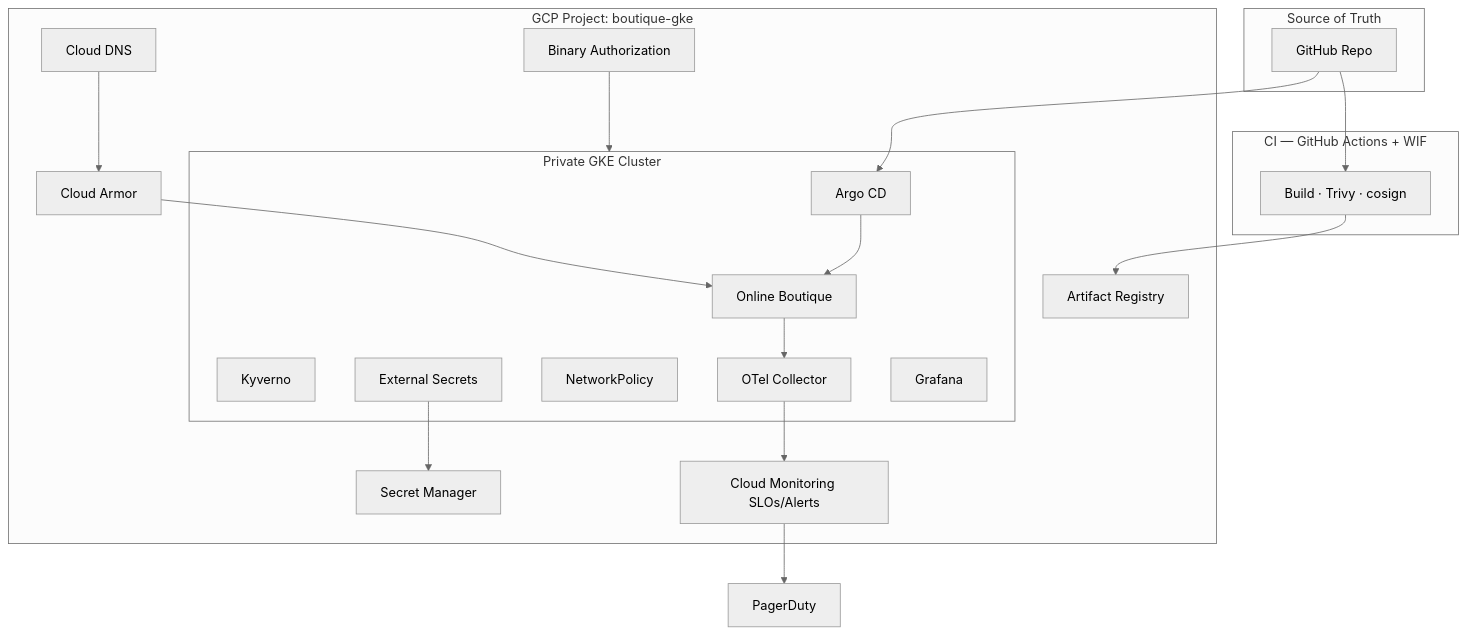
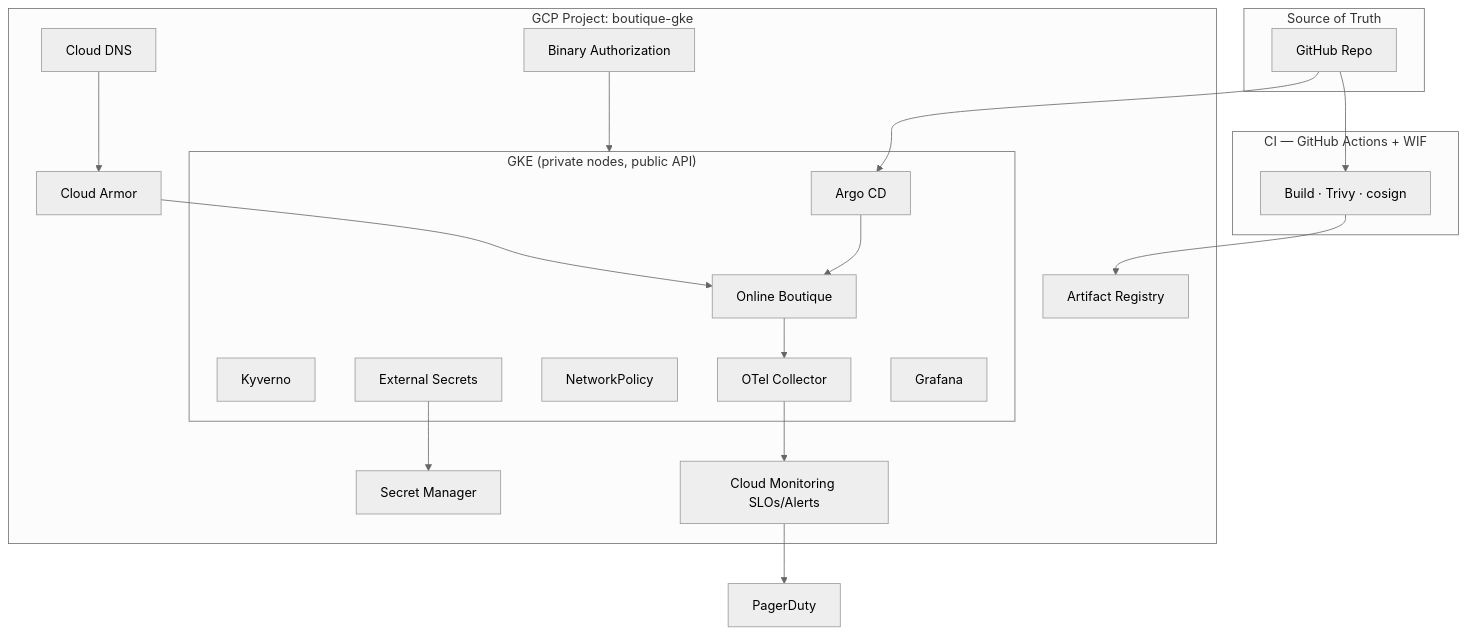
The diagram in docs/architecture/overview.md (btilki/boutique-gke-sre), drawn with Mermaid (neutral theme) before and after one commit. The commit also changed other lines of this file and 28 other files, not shown here.

````diff
--- a/docs/architecture/overview.md
+++ b/docs/architecture/overview.md
@@ -92,41 +92,41 @@
 ```mermaid
 flowchart TB
   subgraph Git["Source of Truth"]
     GH[GitHub Repo]
   end
 
   subgraph CI["CI — GitHub Actions + WIF"]
     GHA[Build · Trivy · cosign]
   end
 
   subgraph GCP["GCP Project: boutique-gke"]
     AR[Artifact Registry]
     BA[Binary Authorization]
     SM[Secret Manager]
     CM[Cloud Monitoring SLOs/Alerts]
     DNS[Cloud DNS]
     CA[Cloud Armor]
 
-    subgraph GKE["Private GKE Cluster"]
+    subgraph GKE["GKE (private nodes, public API)"]
       AC[Argo CD]
       KY[Kyverno]
       ESO[External Secrets]
       NP[NetworkPolicy]
       OB[Online Boutique]
       OT[OTel Collector]
       GF[Grafana]
     end
   end
 
   PD[PagerDuty]
 
   GH --> GHA --> AR
   GH --> AC
   AC --> OB
   ESO --> SM
   OB --> OT --> CM
   CA --> OB
   DNS --> CA
   BA --> GKE
   CM --> PD
 ```
````
